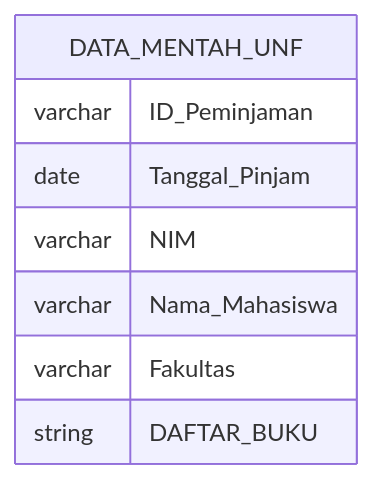
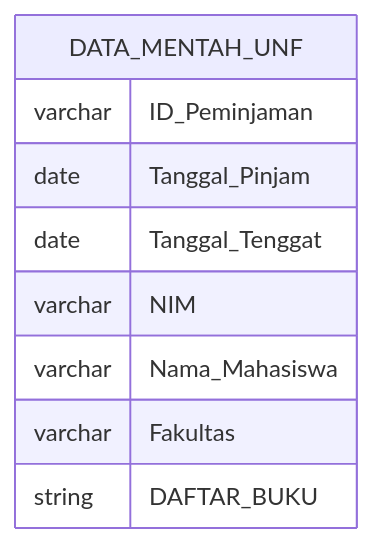
Before and after one commit to AdinRafi/Pemrograman-Web-B: the second of 4 diagrams in Tugas 6/06-tugas-pemodelan-database.md, drawn with Mermaid. The commit also changed other lines of this file, not shown here.

````diff
--- a/Tugas 6/06-tugas-pemodelan-database.md
+++ b/Tugas 6/06-tugas-pemodelan-database.md
@@ -104,11 +104,12 @@
 ```mermaid
 erDiagram
     DATA_MENTAH_UNF {
         varchar ID_Peminjaman
         date Tanggal_Pinjam
+        date Tanggal_Tenggat
         varchar NIM
         varchar Nama_Mahasiswa
         varchar Fakultas
         string DAFTAR_BUKU
     }
 ```
````
